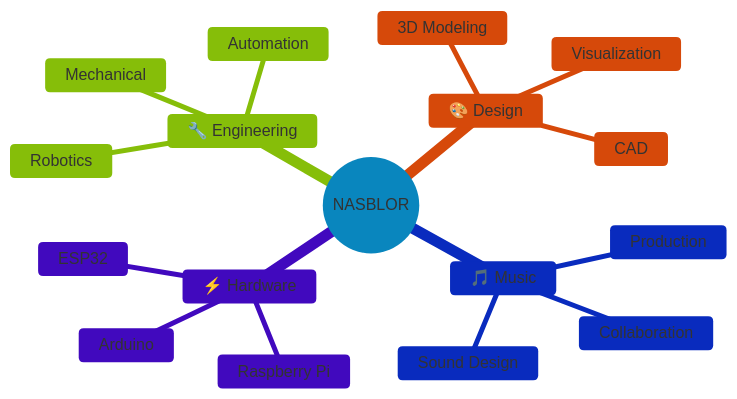
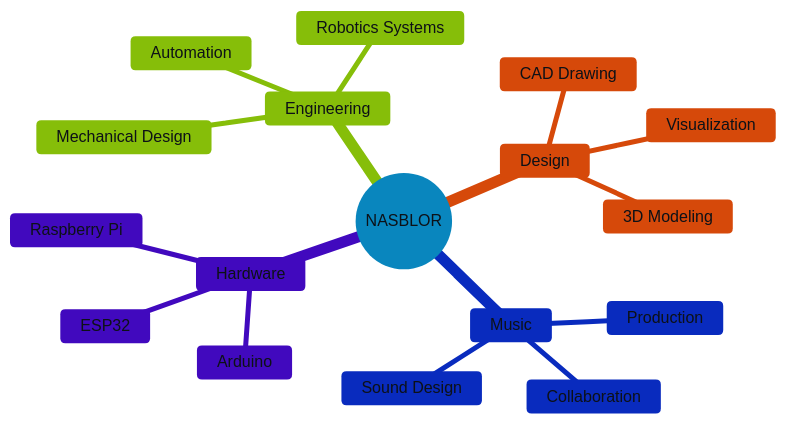
Before and after one commit to nasblor/nasblor: the third of 3 diagrams in readme.md, drawn with Mermaid. The commit also changed other lines of this file, not shown here.

````diff
--- a/readme.md
+++ b/readme.md
@@ -110,21 +84,21 @@
 ```mermaid
-%%{init: {'theme': 'base', 'themeVariables': { 'primaryColor': '#4FC3F7'}}}%%
+%%{init: {'theme': 'base', 'themeVariables': { 'primaryColor': '#4FC3F7', 'primaryTextColor': '#0D1117'}}}%%
 mindmap
   root((NASBLOR))
-    🔧 Engineering
-      Mechanical
-      Robotics
+    Engineering
+      Mechanical Design
+      Robotics Systems
       Automation
-    🎨 Design
+    Design
       3D Modeling
-      CAD
+      CAD Drawing
       Visualization
-    🎵 Music
+    Music
       Production
       Collaboration
       Sound Design
-    ⚡ Hardware
+    Hardware
       Arduino
       ESP32
       Raspberry Pi
 ```
````
